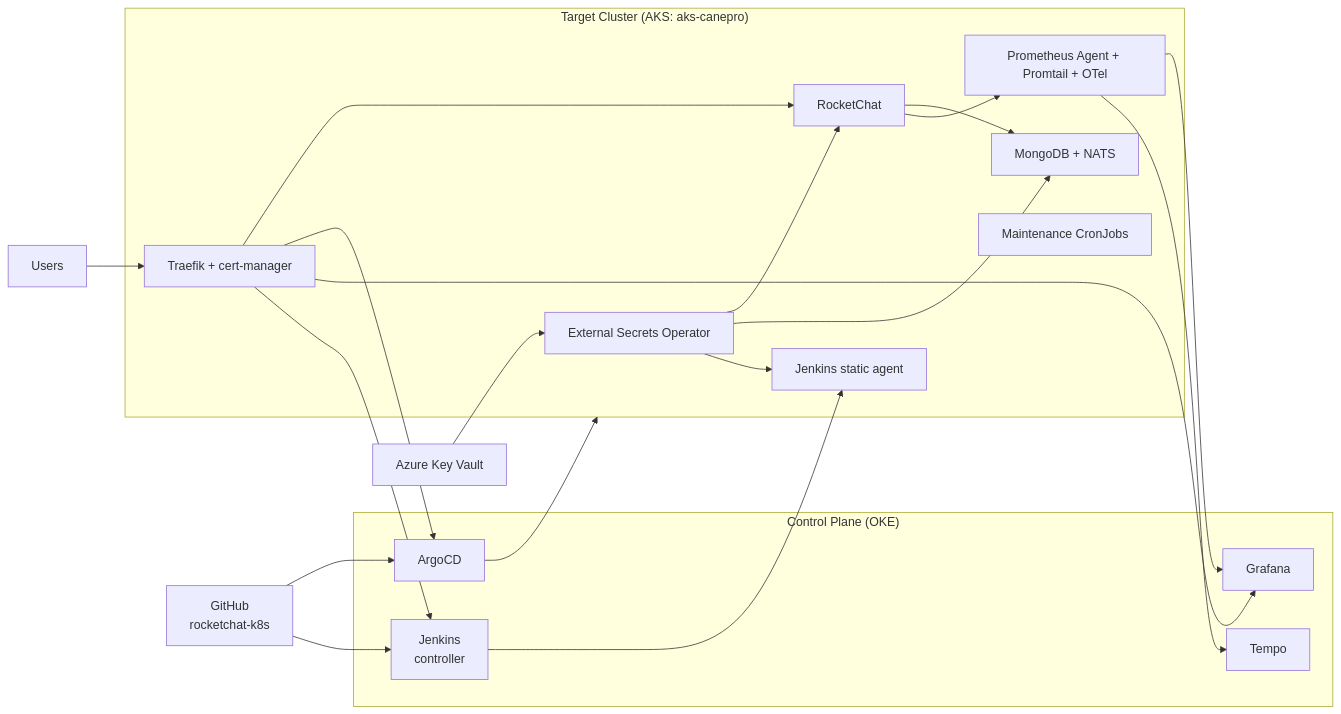
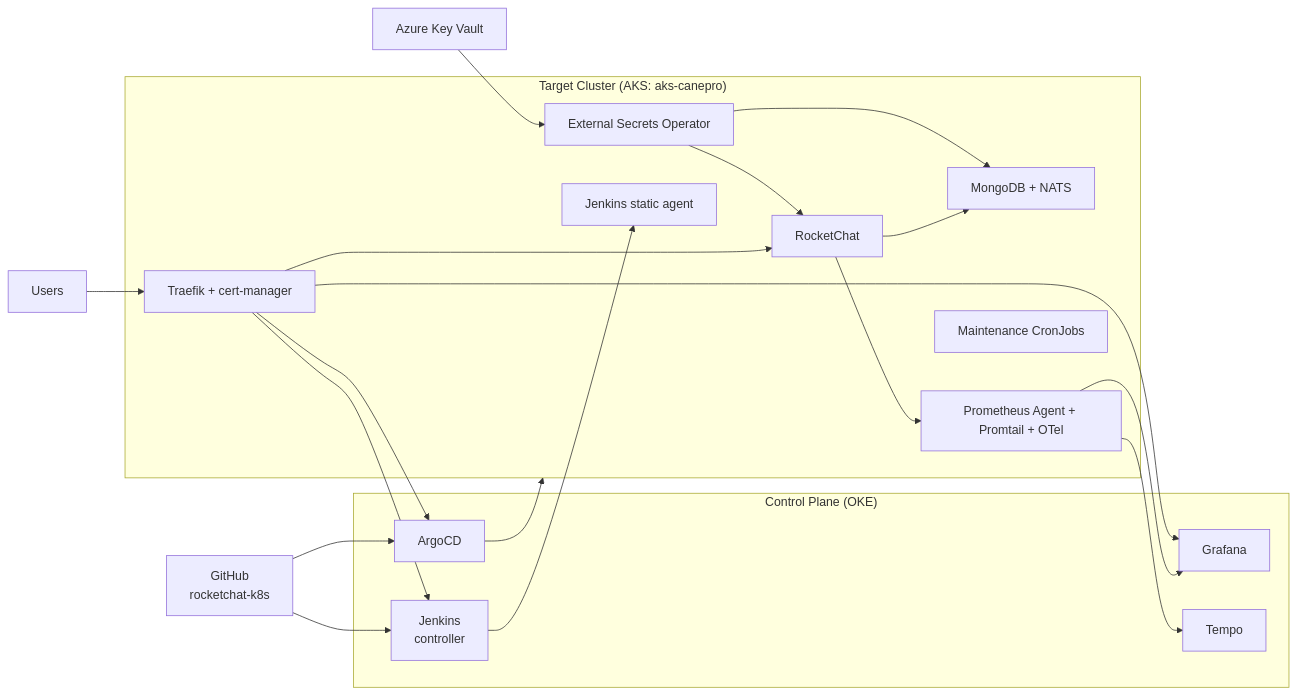
Before and after one commit to Canepro/rocketchat-k8s: the first of 3 diagrams in README.md, drawn with Mermaid. The commit also changed other lines of this file and 14 other files, not shown here.

````diff
--- a/README.md
+++ b/README.md
@@ -33,41 +33,40 @@
 ```mermaid
 flowchart LR
   GitHub[GitHub<br/>rocketchat-k8s]
   AzureKV[Azure Key Vault]
   Users[Users]
   
   subgraph OKE["Control Plane (OKE)"]
     ArgoCD[ArgoCD]
     Jenkins[Jenkins<br/>controller]
     Grafana[Grafana]
     Tempo[Tempo]
   end
 
   subgraph AKS["Target Cluster (AKS: aks-canepro)"]
     ESO[External Secrets Operator]
     Edge[Traefik + cert-manager]
     RC[RocketChat]
     Data[MongoDB + NATS]
     Obs[Prometheus Agent + Promtail + OTel]
     Maint[Maintenance CronJobs]
     Agent[Jenkins static agent]
   end
 
   GitHub --> ArgoCD
   GitHub --> Jenkins
   AzureKV --> ESO
   ESO --> RC
   ESO --> Data
-  ESO --> Agent
   Users --> Edge
   Edge --> RC
   Edge --> ArgoCD
   Edge --> Grafana
   Edge --> Jenkins
   ArgoCD --> AKS
   Jenkins --> Agent
   RC --> Data
   RC --> Obs
   Obs --> Grafana
   Obs --> Tempo
 ```
````
